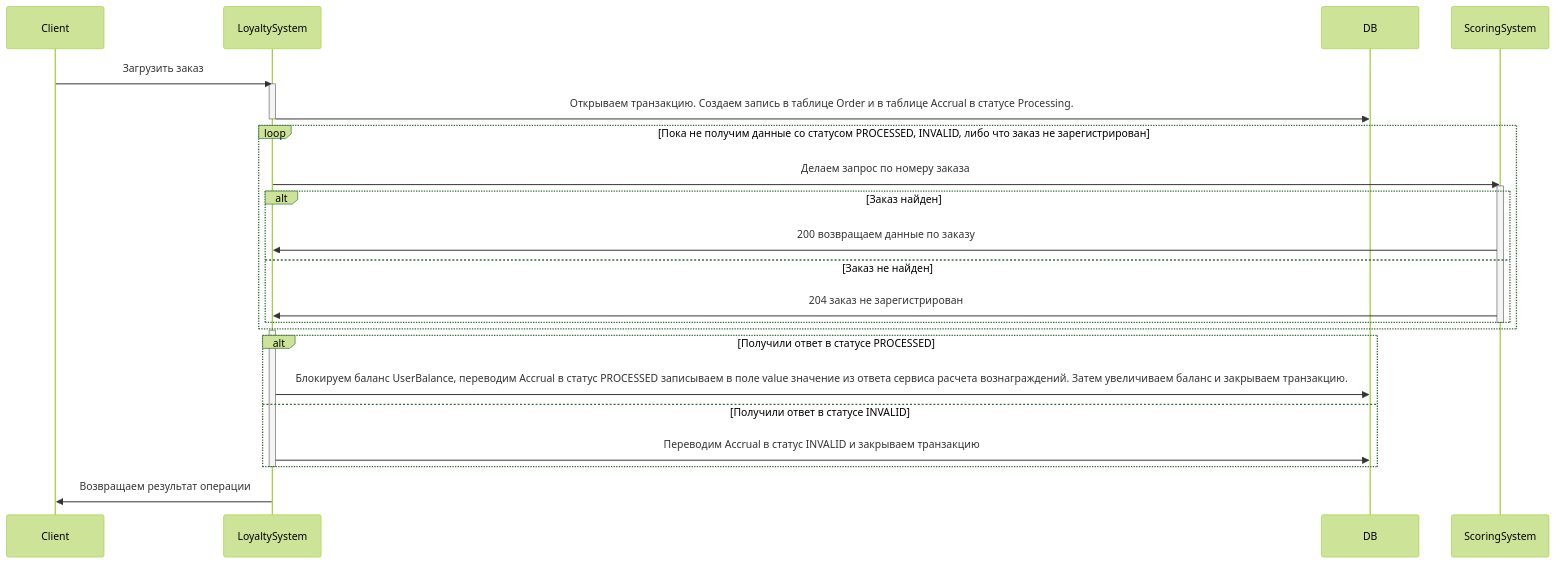
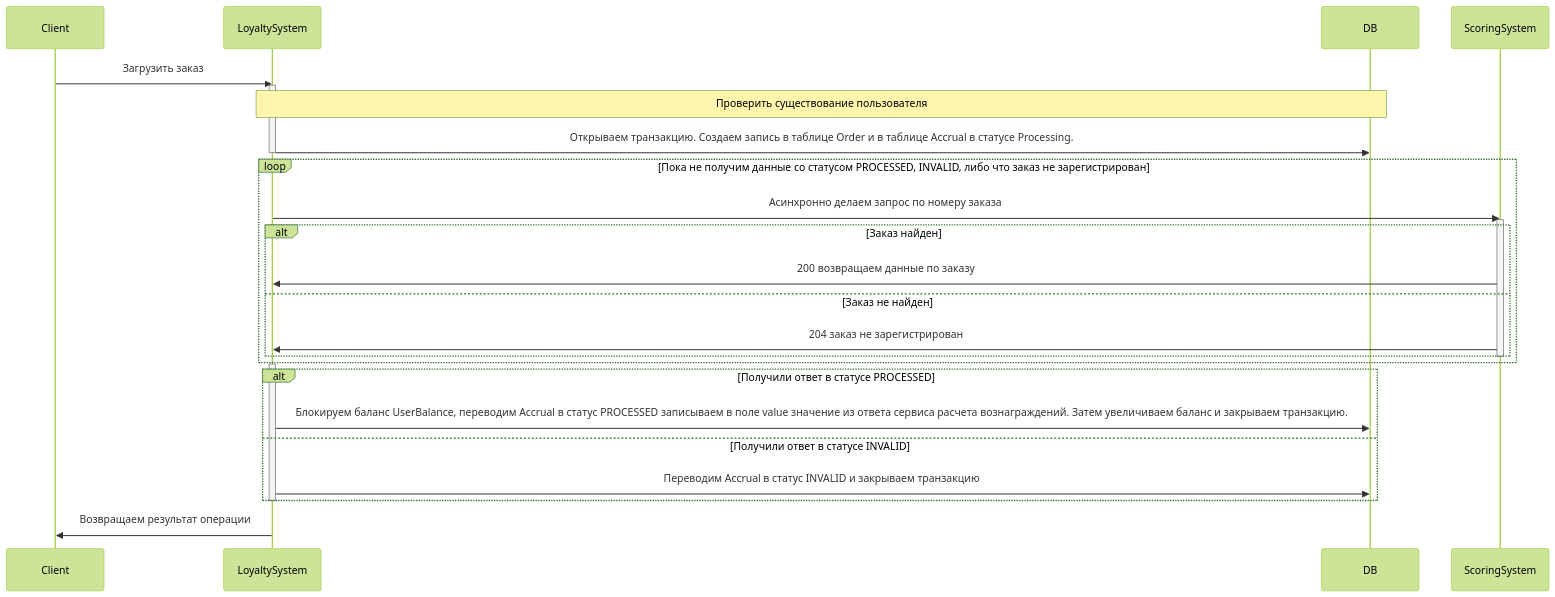
Before and after one commit to dcwk/gophermart: the second of 3 diagrams in README.md, drawn with Mermaid (forest theme). The commit also changed other lines of this file, not shown here.

Commit message:
Исправил диаграммы по результатам 1-1

````diff
--- a/README.md
+++ b/README.md
@@ -48,30 +48,31 @@
 ```mermaid
 sequenceDiagram
     participant Client
     participant LoyaltySystem
     participant DB
     participant ScoringSystem
     
     Client->>LoyaltySystem: Загрузить заказ
     activate LoyaltySystem
+    Note over LoyaltySystem,DB: Проверить существование пользователя
     LoyaltySystem->>DB: Открываем транзакцию. Создаем запись в таблице Order и в таблице Accrual в статусе Processing. 
     deactivate LoyaltySystem
        loop Пока не получим данные со статусом PROCESSED, INVALID, либо что заказ не зарегистрирован 
-          LoyaltySystem->>ScoringSystem: Делаем запрос по номеру заказа
+          LoyaltySystem->>ScoringSystem: Асинхронно делаем запрос по номеру заказа
           activate ScoringSystem
           alt Заказ найден
                   ScoringSystem->>LoyaltySystem: 200 возвращаем данные по заказу 
           else Заказ не найден
                   ScoringSystem->>LoyaltySystem: 204 заказ не зарегистрирован
           end
           deactivate ScoringSystem
        end
     activate LoyaltySystem
     alt Получили ответ в статусе PROCESSED
         LoyaltySystem->>DB: Блокируем баланс UserBalance, переводим Accrual в статус PROCESSED записываем в поле value значение из ответа сервиса расчета вознаграждений. Затем увеличиваем баланс и закрываем транзакцию. 
     else Получили ответ в статусе INVALID
         LoyaltySystem->>DB: Переводим Accrual в статус INVALID и закрываем транзакцию
     end
     deactivate LoyaltySystem
     LoyaltySystem->>Client: Возвращаем результат операции
 ```
````
